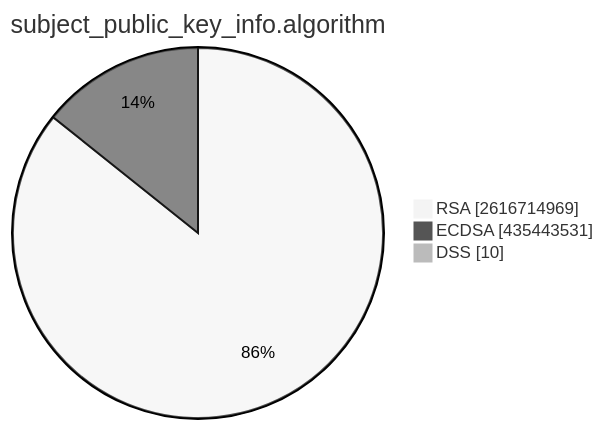
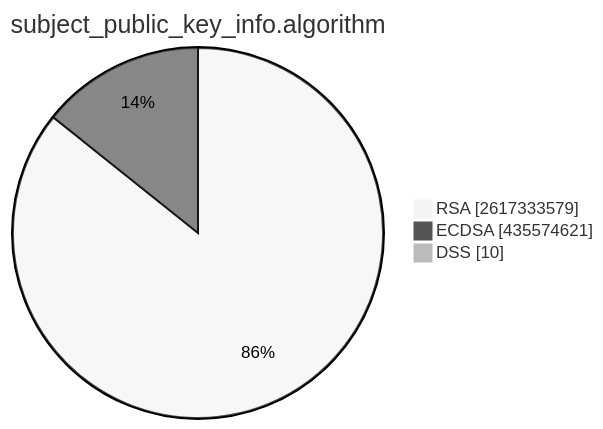
One commit to christiankrug/ctmonitor_visualization changed the second of 15 diagrams in TOTAL/README.md. Above: the diagram before and after it, drawn with Mermaid (neutral theme). The commit also changed other lines of this file, not shown here.

````diff
--- a/TOTAL/README.md
+++ b/TOTAL/README.md
@@ -6,7 +6,7 @@
 ```mermaid
 pie showData
 title subject_public_key_info.algorithm
-"RSA" :2616714969
-"ECDSA" :435443531
+"RSA" :2617333579
+"ECDSA" :435574621
 "DSS" :10
 ```
````
